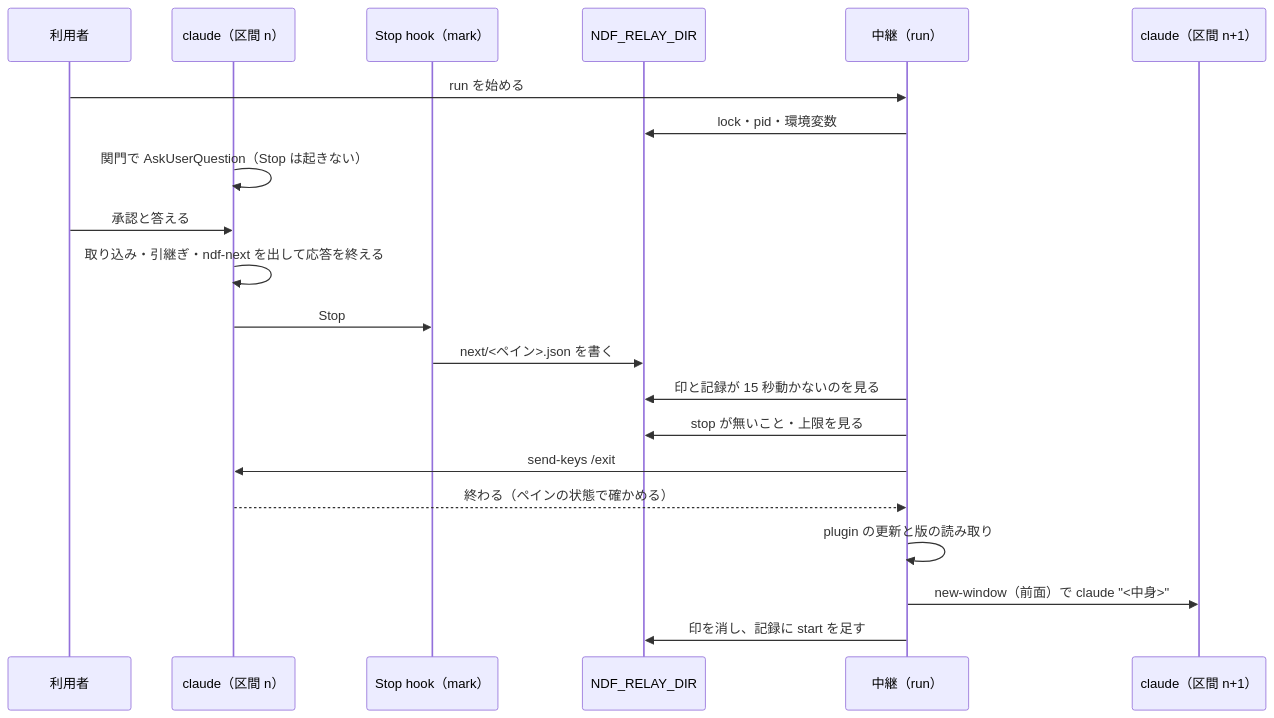
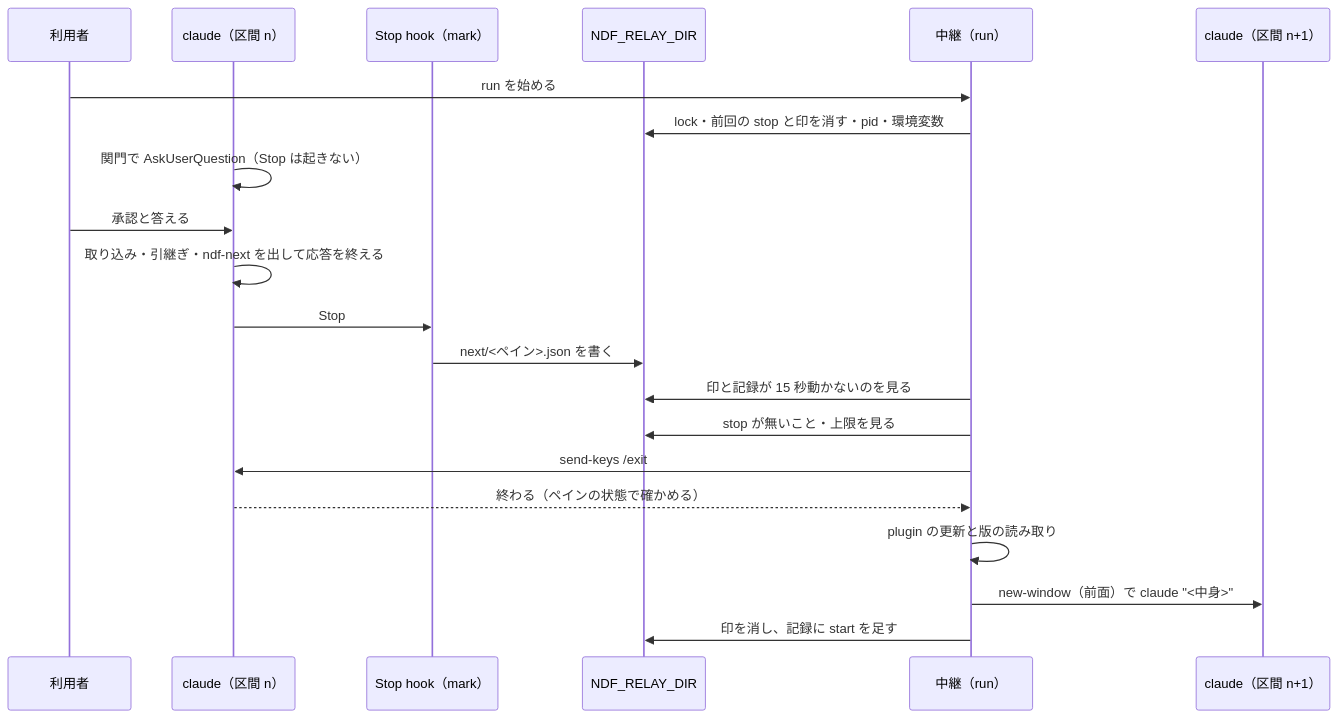
One commit to devbasex/ai-plugins changed the second of 3 diagrams in issues/issue-895-design.md. Above: the diagram before and after it, drawn with Mermaid. The commit also changed other lines of this file, not shown here.

````diff
--- a/issues/issue-895-design.md
+++ b/issues/issue-895-design.md
@@ -217,23 +220,23 @@
 ```mermaid
 sequenceDiagram
     participant U as 利用者
     participant C as claude（区間 n）
     participant H as Stop hook（mark）
     participant F as NDF_RELAY_DIR
     participant R as 中継（run）
     participant C2 as claude（区間 n+1）
     U->>R: run を始める
-    R->>F: lock・pid・環境変数
+    R->>F: lock・前回の stop と印を消す・pid・環境変数
     C->>C: 関門で AskUserQuestion（Stop は起きない）
     U->>C: 承認と答える
     C->>C: 取り込み・引継ぎ・ndf-next を出して応答を終える
     C->>H: Stop
     H->>F: next/<ペイン>.json を書く
     R->>F: 印と記録が 15 秒動かないのを見る
     R->>F: stop が無いこと・上限を見る
     R->>C: send-keys /exit
     C-->>R: 終わる（ペインの状態で確かめる）
     R->>R: plugin の更新と版の読み取り
     R->>C2: new-window（前面）で claude "<中身>"
     R->>F: 印を消し、記録に start を足す
 ```
````
